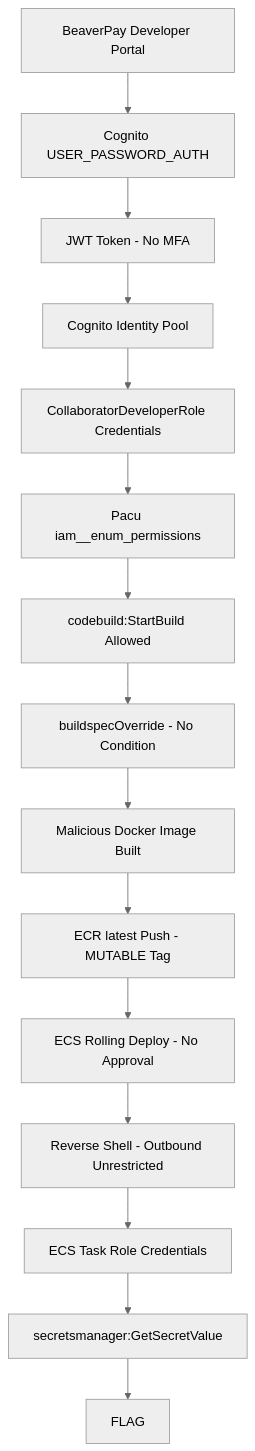
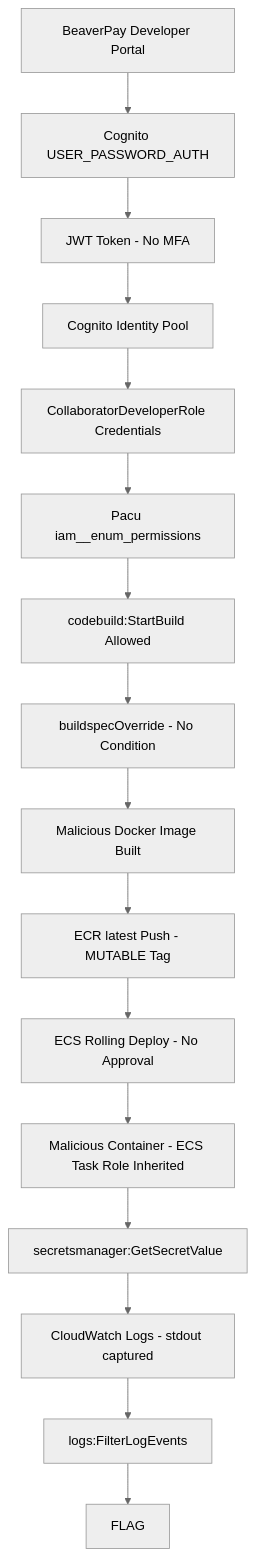
Before and after one commit to Beaver-Dam-Community/GnawLab: the diagram in scenarios/aws/03-supply-chain/dam-breaks/README.md, drawn with Mermaid (neutral theme). The commit also changed other lines of this file and 3 other files, not shown here.

````diff
--- a/scenarios/aws/03-supply-chain/dam-breaks/README.md
+++ b/scenarios/aws/03-supply-chain/dam-breaks/README.md
@@ -83,17 +77,18 @@
 ```mermaid
 flowchart TB
     A[BeaverPay Developer Portal] --> B[Cognito USER_PASSWORD_AUTH]
     B --> C[JWT Token - No MFA]
     C --> D[Cognito Identity Pool]
     D --> E[CollaboratorDeveloperRole Credentials]
     E --> F[Pacu iam__enum_permissions]
     F --> G[codebuild:StartBuild Allowed]
     G --> H[buildspecOverride - No Condition]
     H --> I[Malicious Docker Image Built]
     I --> J[ECR latest Push - MUTABLE Tag]
     J --> K[ECS Rolling Deploy - No Approval]
-    K --> L[Reverse Shell - Outbound Unrestricted]
-    L --> M[ECS Task Role Credentials]
-    M --> N[secretsmanager:GetSecretValue]
-    N --> O[FLAG]
+    K --> L[Malicious Container - ECS Task Role Inherited]
+    L --> M[secretsmanager:GetSecretValue]
+    M --> N[CloudWatch Logs - stdout captured]
+    N --> O[logs:FilterLogEvents]
+    O --> P[FLAG]
 ```
````
